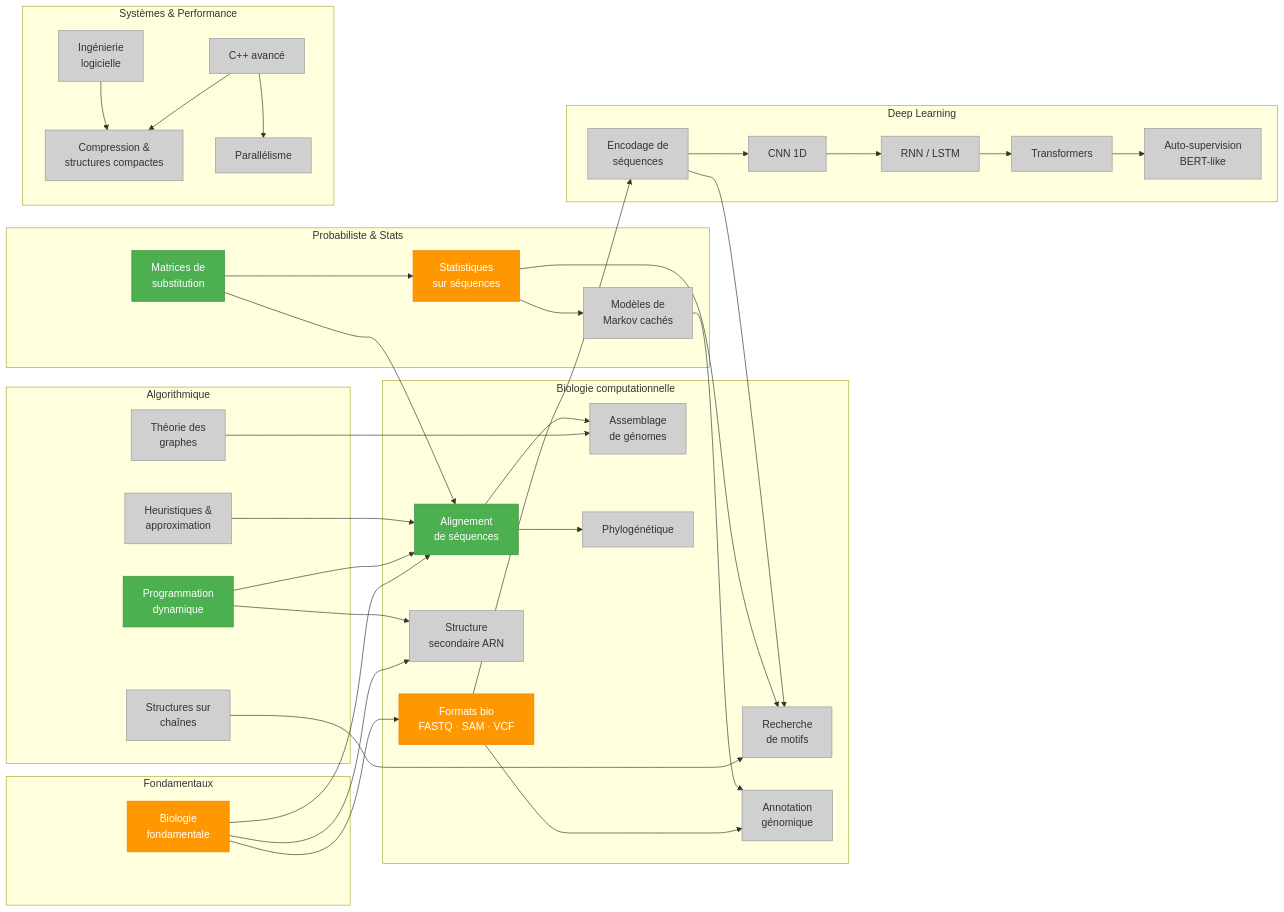
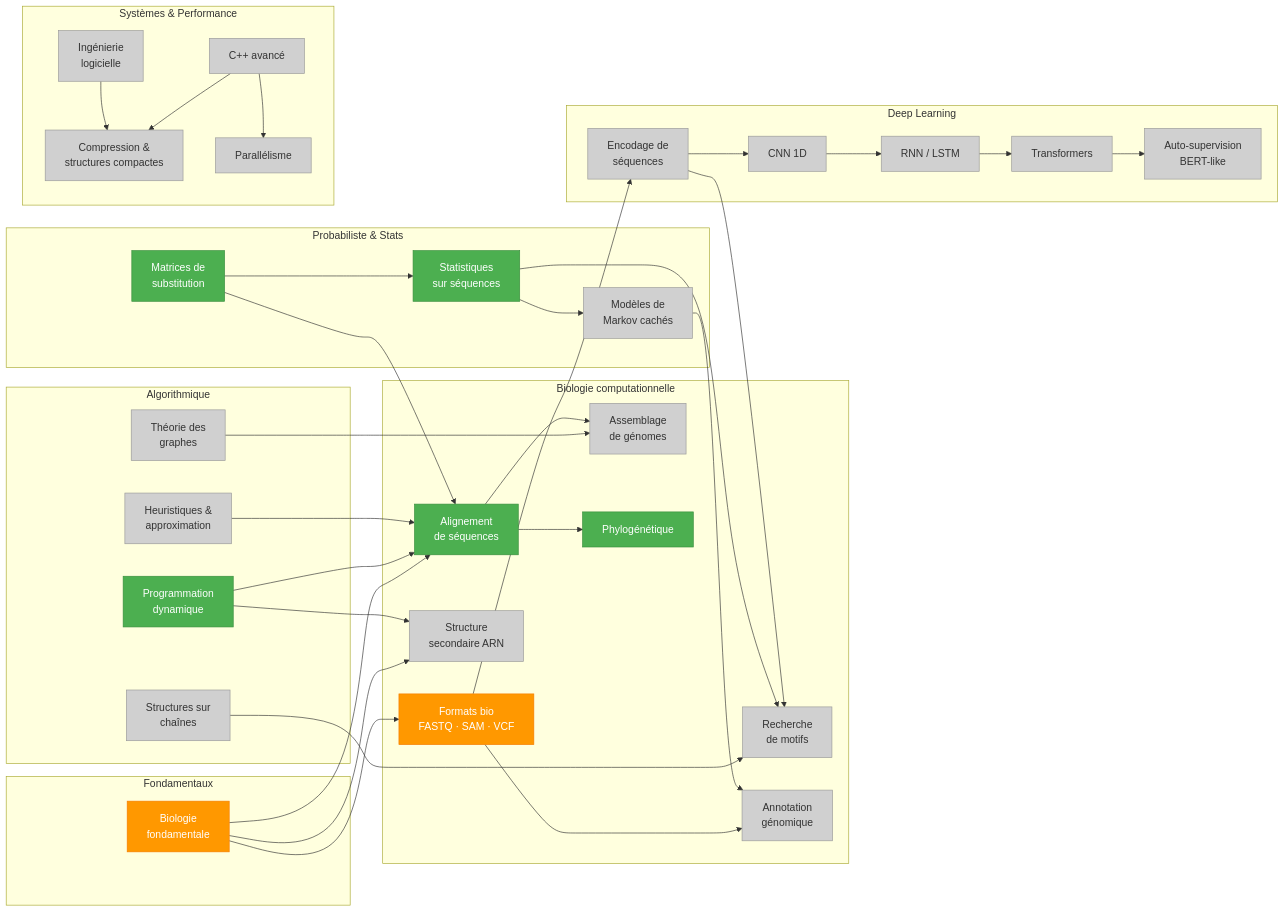
The diagram in SKILLS.md (Aaqui-nas/BioInfo), drawn with Mermaid before and after one commit. The commit also changed other lines of this file and 11 other files, not shown here.

````diff
--- a/SKILLS.md
+++ b/SKILLS.md
@@ -96,7 +96,7 @@
     classDef covered fill:#4caf50,stroke:#388e3c,color:#fff
     classDef partial fill:#ff9800,stroke:#f57c00,color:#fff
 
-    class PD,ALI,MST covered
-    class FMT,BIO_BASE,STA partial
-    class SC,GR,HEU,MOT,ASS,ANN,PHY,RNA,HMM,ENC,CNN,RNN,TRF,SSL,CPP,CMP,PAR,SWE unset
+    class PD,ALI,MST,PHY,STA covered
+    class FMT,BIO_BASE partial
+    class SC,GR,HEU,MOT,ASS,ANN,RNA,HMM,ENC,CNN,RNN,TRF,SSL,CPP,CMP,PAR,SWE unset
 ```
````
